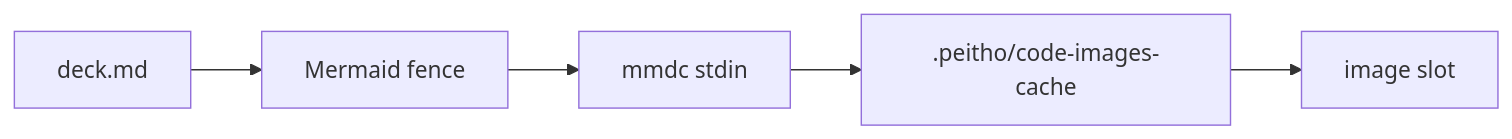
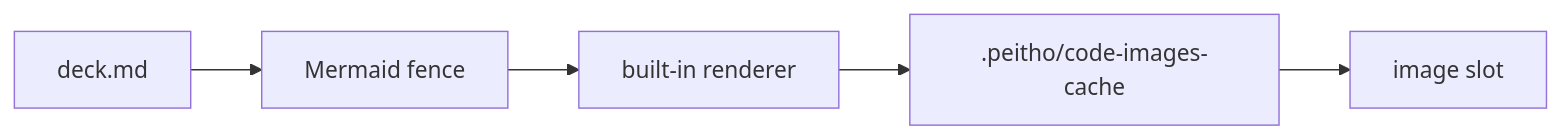
Before and after one commit to mizzy/peitho: the first of 3 diagrams in examples/code-images/deck.md, drawn with Mermaid. The commit also changed other lines of this file and 17 other files, not shown here.

````diff
--- a/examples/code-images/deck.md
+++ b/examples/code-images/deck.md
@@ -14,7 +13,7 @@
 ```mermaid
 flowchart LR
   Source["deck.md"] --> Fence["Mermaid fence"]
-  Fence --> Runner["mmdc stdin"]
-  Runner --> Cache[".peitho/code-images-cache"]
+  Fence --> Renderer["built-in renderer"]
+  Renderer --> Cache[".peitho/code-images-cache"]
   Cache --> Slot["image slot"]
 ```
````
